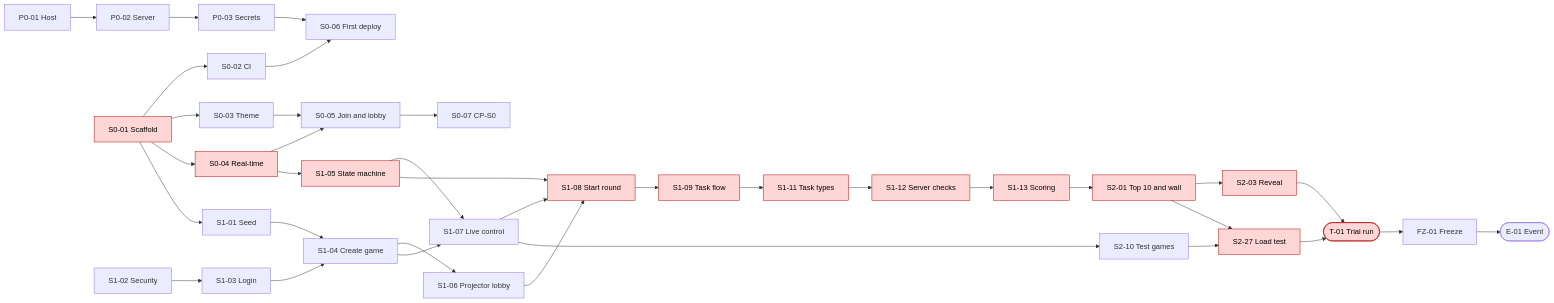
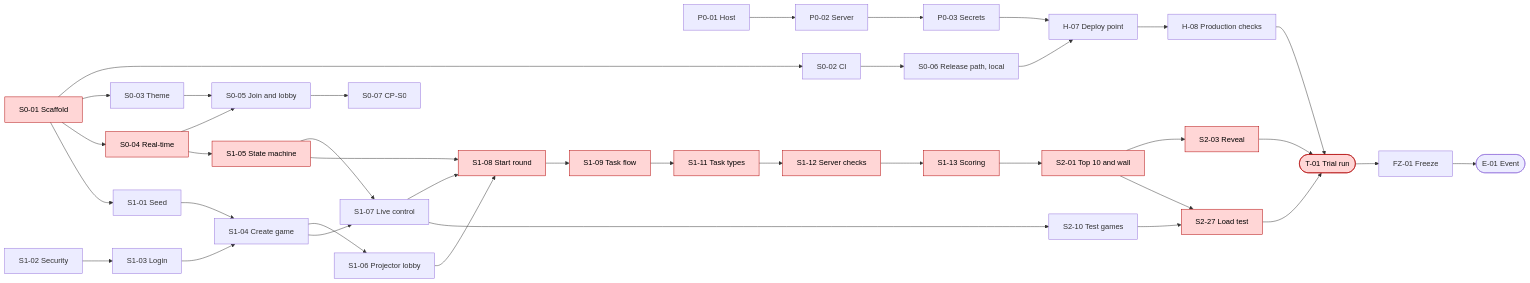
The diagram in planning/00-master-plan.md (omkarjadhav1011/delivery_hero), drawn with Mermaid before and after one commit. The commit also changed other lines of this file and 44 other files, not shown here.

Commit message:
docs(planning): deploy point H-07, production checks H-08 and the S1-01/S1-04 loop fix

````diff
--- a/planning/00-master-plan.md
+++ b/planning/00-master-plan.md
@@ -136,37 +138,40 @@
 ```mermaid
 flowchart LR
     P001[P0-01 Host] --> P002[P0-02 Server] --> P003[P0-03 Secrets]
     S001[S0-01 Scaffold] --> S002[S0-02 CI]
     S001 --> S003[S0-03 Theme]
     S001 --> S004[S0-04 Real-time]
     S003 --> S005[S0-05 Join and lobby]
     S004 --> S005
-    S002 --> S006[S0-06 First deploy]
-    P003 --> S006
+    S002 --> S006[S0-06 Release path, local]
+    S006 --> H07[H-07 Deploy point]
+    P003 --> H07
+    H07 --> H08[H-08 Production checks]
     S005 --> S007[S0-07 CP-S0]
     S001 --> S101[S1-01 Seed]
     S102[S1-02 Security] --> S103[S1-03 Login]
     S101 --> S104[S1-04 Create game]
     S103 --> S104
     S004 --> S105[S1-05 State machine]
     S104 --> S106[S1-06 Projector lobby]
     S104 --> S107[S1-07 Live control]
     S105 --> S107
     S105 --> S108[S1-08 Start round]
     S106 --> S108
     S107 --> S108
     S108 --> S109[S1-09 Task flow]
     S109 --> S111[S1-11 Task types]
     S111 --> S112[S1-12 Server checks]
     S112 --> S113[S1-13 Scoring]
     S113 --> S201[S2-01 Top 10 and wall]
     S201 --> S203[S2-03 Reveal]
     S107 --> S210[S2-10 Test games]
     S201 --> S227[S2-27 Load test]
     S210 --> S227
     S203 --> T01([T-01 Trial run])
     S227 --> T01
+    H08 --> T01
     T01 --> FZ01[FZ-01 Freeze] --> E01([E-01 Event])
     classDef critical fill:#ffd6d6,stroke:#b00000,color:#000
     class S001,S004,S105,S108,S109,S111,S112,S113,S201,S203,S227,T01 critical
 ```
````
